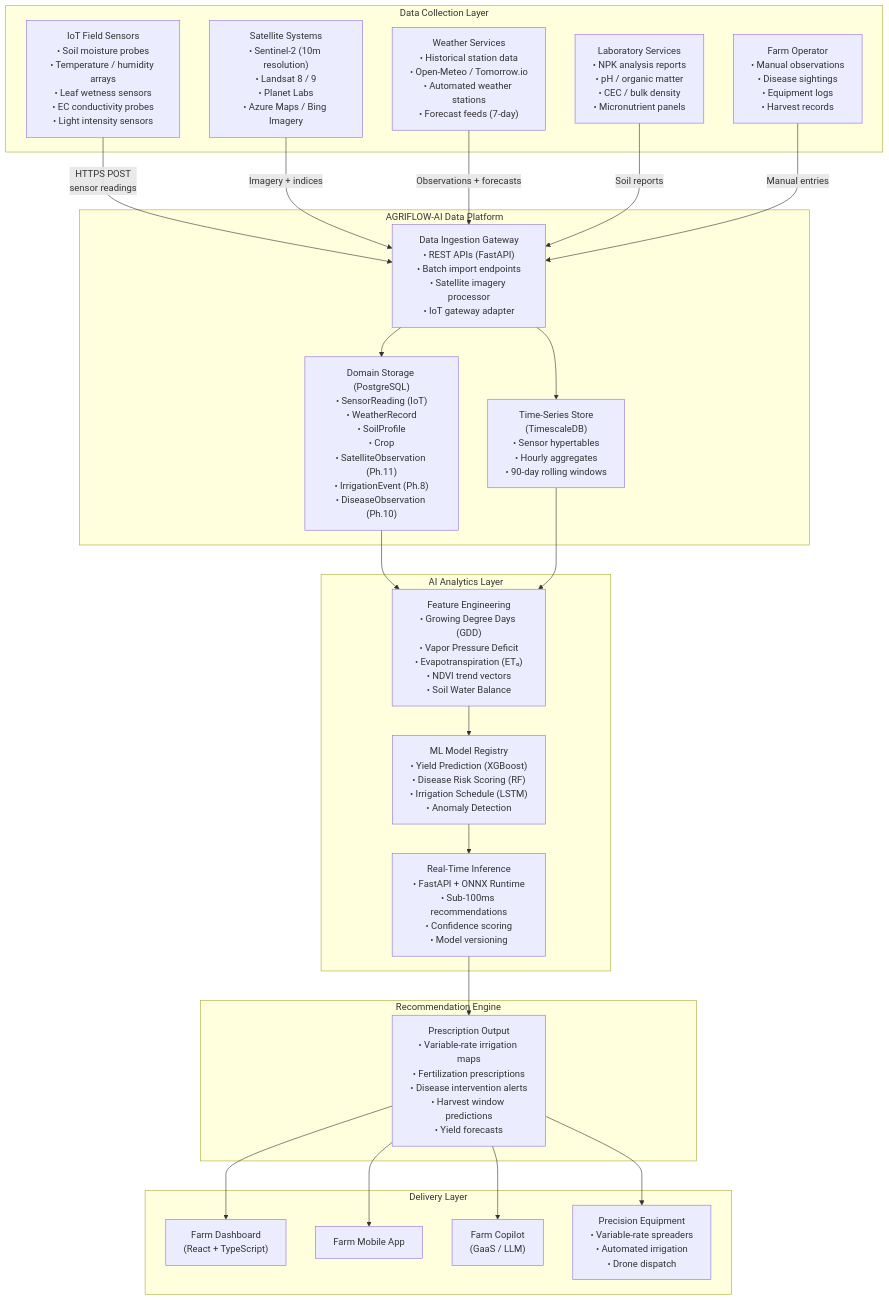
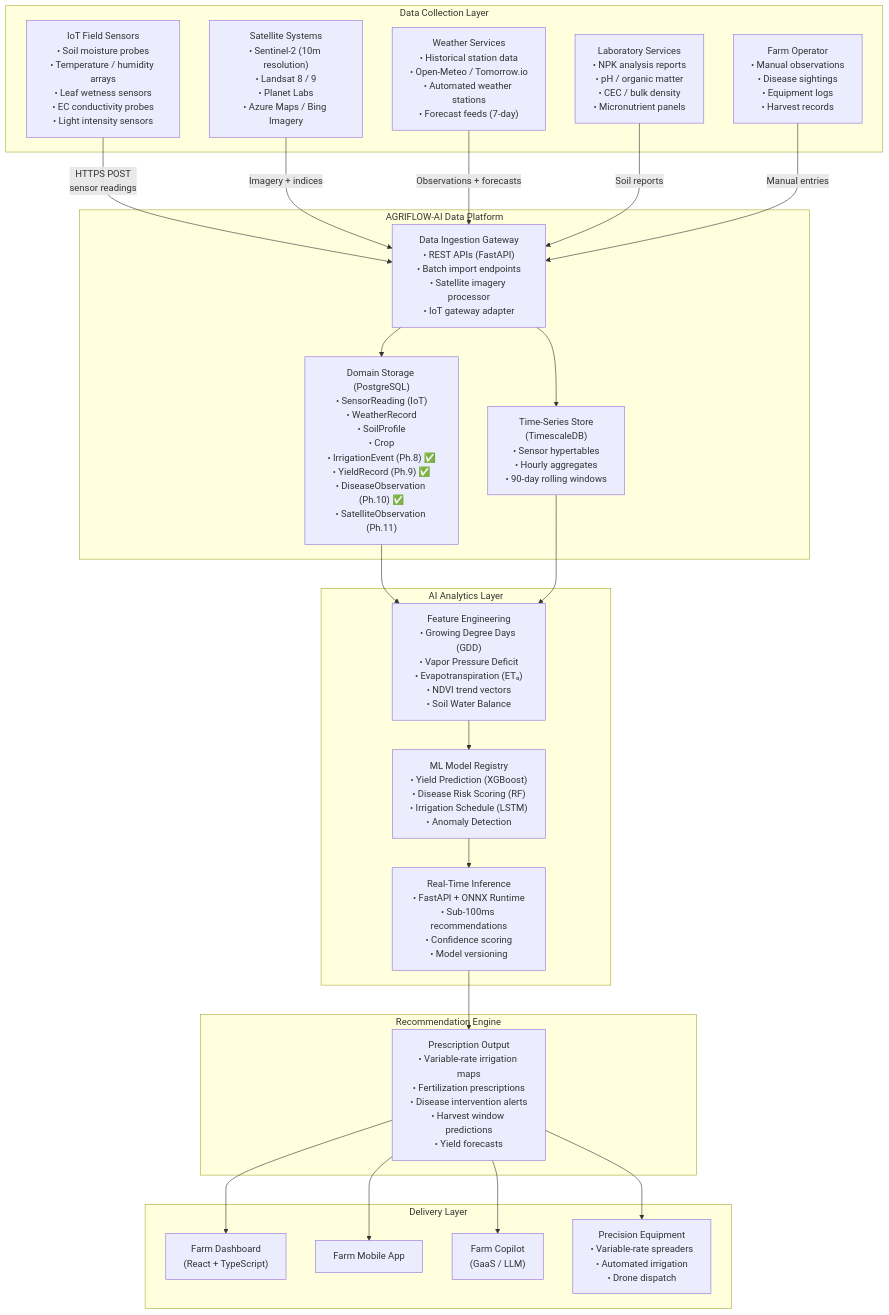
Before and after one commit to santoshnarayanan/AGRIFLOW-AI: the ninth of 18 diagrams in docs/09-architecture-diagrams.md, drawn with Mermaid. The commit also changed other lines of this file and 1 other file, not shown here.

````diff
--- a/docs/09-architecture-diagrams.md
+++ b/docs/09-architecture-diagrams.md
@@ -580,53 +636,53 @@
 ```mermaid
 graph TB
     subgraph "Data Collection Layer"
         IOT["IoT Field Sensors\n• Soil moisture probes\n• Temperature / humidity arrays\n• Leaf wetness sensors\n• EC conductivity probes\n• Light intensity sensors"]
         SAT_SRC["Satellite Systems\n• Sentinel-2 (10m resolution)\n• Landsat 8 / 9\n• Planet Labs\n• Azure Maps / Bing Imagery"]
         WEATHER_SRC["Weather Services\n• Historical station data\n• Open-Meteo / Tomorrow.io\n• Automated weather stations\n• Forecast feeds (7-day)"]
         LAB["Laboratory Services\n• NPK analysis reports\n• pH / organic matter\n• CEC / bulk density\n• Micronutrient panels"]
         OPERATOR["Farm Operator\n• Manual observations\n• Disease sightings\n• Equipment logs\n• Harvest records"]
     end
 
     subgraph "AGRIFLOW-AI Data Platform"
         INGEST["Data Ingestion Gateway\n• REST APIs (FastAPI)\n• Batch import endpoints\n• Satellite imagery processor\n• IoT gateway adapter"]
-        DOMAINS["Domain Storage (PostgreSQL)\n• SensorReading (IoT)\n• WeatherRecord\n• SoilProfile\n• Crop\n• SatelliteObservation (Ph.11)\n• IrrigationEvent (Ph.8)\n• DiseaseObservation (Ph.10)"]
+        DOMAINS["Domain Storage (PostgreSQL)\n• SensorReading (IoT)\n• WeatherRecord\n• SoilProfile\n• Crop\n• IrrigationEvent (Ph.8) ✅\n• YieldRecord (Ph.9) ✅\n• DiseaseObservation (Ph.10) ✅\n• SatelliteObservation (Ph.11)"]
         TIMESERIES["Time-Series Store\n(TimescaleDB)\n• Sensor hypertables\n• Hourly aggregates\n• 90-day rolling windows"]
     end
 
     subgraph "AI Analytics Layer"
         FE["Feature Engineering\n• Growing Degree Days (GDD)\n• Vapor Pressure Deficit\n• Evapotranspiration (ET₀)\n• NDVI trend vectors\n• Soil Water Balance"]
         MODELS["ML Model Registry\n• Yield Prediction (XGBoost)\n• Disease Risk Scoring (RF)\n• Irrigation Schedule (LSTM)\n• Anomaly Detection"]
         INFERENCE["Real-Time Inference\n• FastAPI + ONNX Runtime\n• Sub-100ms recommendations\n• Confidence scoring\n• Model versioning"]
     end
 
     subgraph "Recommendation Engine"
         RECS["Prescription Output\n• Variable-rate irrigation maps\n• Fertilization prescriptions\n• Disease intervention alerts\n• Harvest window predictions\n• Yield forecasts"]
     end
 
     subgraph "Delivery Layer"
         DASH["Farm Dashboard\n(React + TypeScript)"]
         MOBILE["Farm Mobile App"]
         GAAS["Farm Copilot\n(GaaS / LLM)"]
         EQUIP["Precision Equipment\n• Variable-rate spreaders\n• Automated irrigation\n• Drone dispatch"]
     end
 
     IOT -->|"HTTPS POST\nsensor readings"| INGEST
     SAT_SRC -->|"Imagery + indices"| INGEST
     WEATHER_SRC -->|"Observations + forecasts"| INGEST
     LAB -->|"Soil reports"| INGEST
     OPERATOR -->|"Manual entries"| INGEST
 
     INGEST --> DOMAINS
     INGEST --> TIMESERIES
 
     DOMAINS --> FE
     TIMESERIES --> FE
     FE --> MODELS
     MODELS --> INFERENCE
     INFERENCE --> RECS
 
     RECS --> DASH
     RECS --> MOBILE
     RECS --> GAAS
     RECS --> EQUIP
 ```
````
